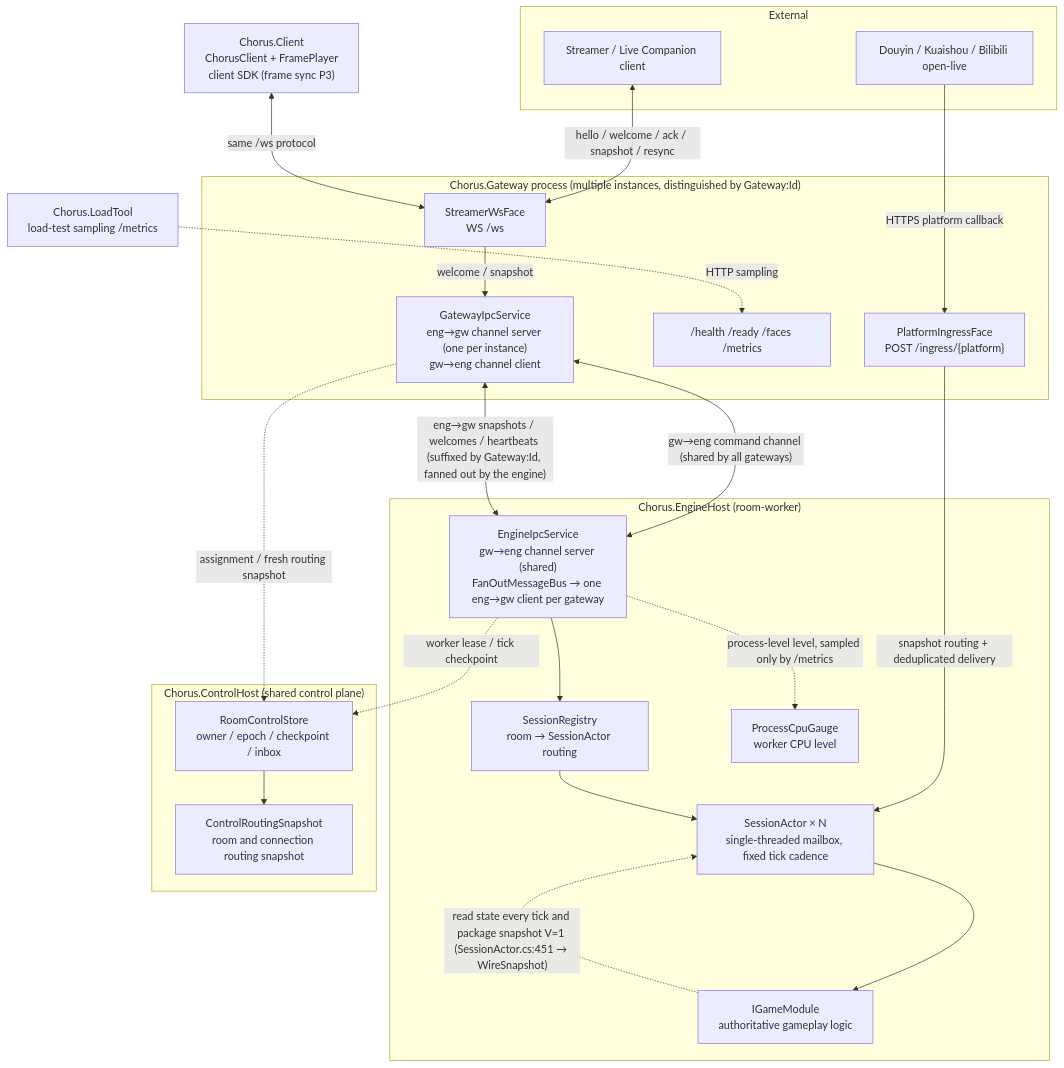
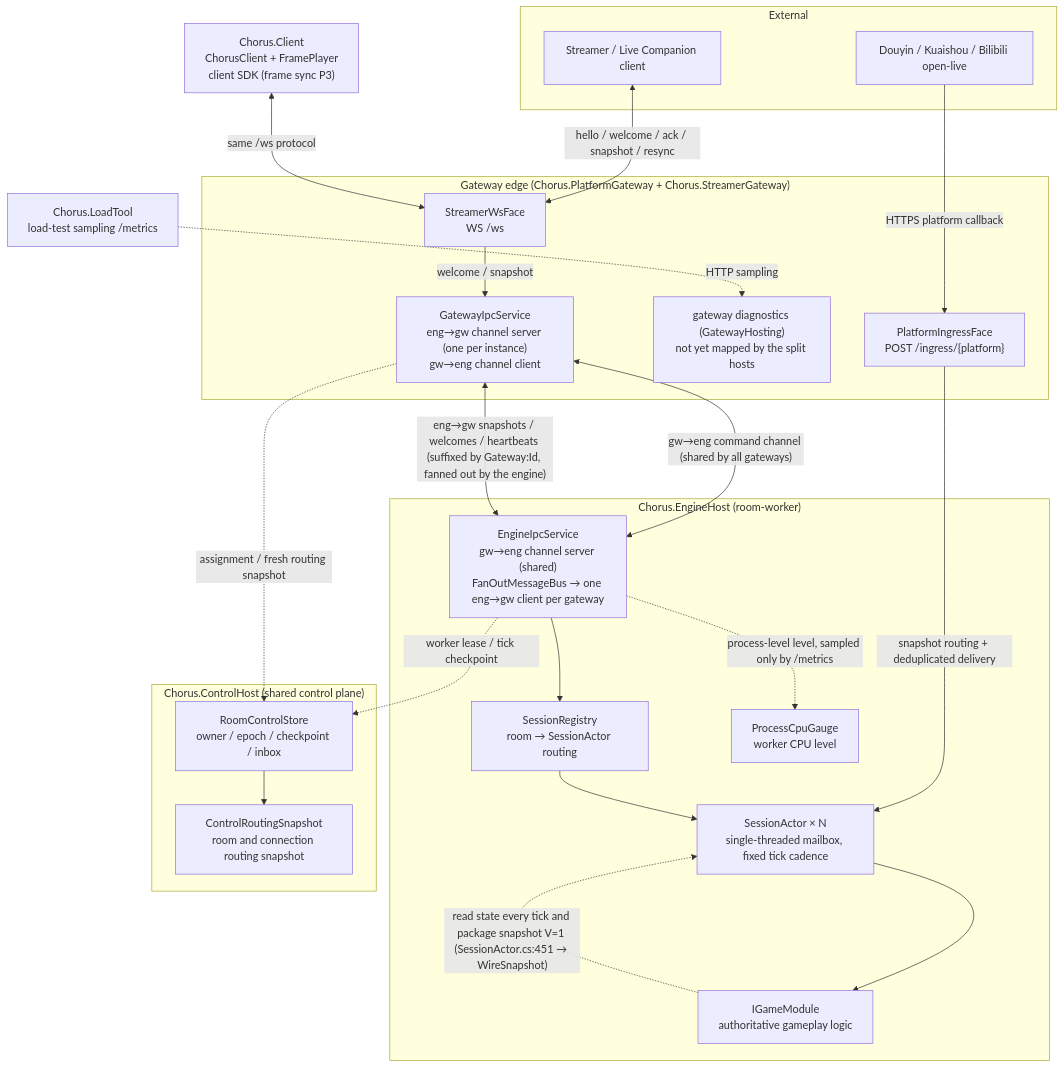
The diagram in docs/design/architecture-overview.md (cuihairu/chorus), drawn with Mermaid before and after one commit. The commit also changed other lines of this file and 35 other files, not shown here.

````diff
--- a/docs/design/architecture-overview.md
+++ b/docs/design/architecture-overview.md
@@ -12,45 +12,45 @@
 ```mermaid
 flowchart TB
   subgraph EXT["External"]
     P["Douyin / Kuaishou / Bilibili open-live"]
     C["Streamer / Live Companion client"]
   end
 
-  subgraph GW["Chorus.Gateway process (multiple instances, distinguished by Gateway:Id)"]
+  subgraph GW["Gateway edge (Chorus.PlatformGateway + Chorus.StreamerGateway)"]
     INGRESS["PlatformIngressFace<br/>POST /ingress/{platform}"]
     WS["StreamerWsFace<br/>WS /ws"]
-    OPS["/health /ready /faces /metrics"]
+    OPS["gateway diagnostics (GatewayHosting)<br/>not yet mapped by the split hosts"]
     GWIPC["GatewayIpcService<br/>eng→gw channel server (one per instance)<br/>gw→eng channel client"]
   end
 
   subgraph WORKER["Chorus.EngineHost (room-worker)"]
     ENGIPC["EngineIpcService<br/>gw→eng channel server (shared)<br/>FanOutMessageBus → one eng→gw client per gateway"]
     REG["SessionRegistry<br/>room → SessionActor routing"]
     SA["SessionActor × N<br/>single-threaded mailbox, fixed tick cadence"]
     GM["IGameModule<br/>authoritative gameplay logic"]
     CPU["ProcessCpuGauge<br/>worker CPU level"]
   end
 
   subgraph CONTROL["Chorus.ControlHost (shared control plane)"]
     ROOMDB["RoomControlStore<br/>owner / epoch / checkpoint / inbox"]
     ROUTING["ControlRoutingSnapshot<br/>room and connection routing snapshot"]
   end
 
   LOADTOOL["Chorus.LoadTool<br/>load-test sampling /metrics"]
   SDK["Chorus.Client<br/>ChorusClient + FramePlayer<br/>client SDK (frame sync P3)"]
 
   P -->|"HTTPS platform callback"| INGRESS
   C <-->|"hello / welcome / ack / snapshot / resync"| WS
   SDK <-->|"same /ws protocol"| WS
   INGRESS -->|"snapshot routing + deduplicated delivery"| SA
   WS -->|"welcome / snapshot"| GWIPC
   GWIPC <-->|"gw→eng command channel (shared by all gateways)"| ENGIPC
   ENGIPC <-->|"eng→gw snapshots / welcomes / heartbeats (suffixed by Gateway:Id, fanned out by the engine)"| GWIPC
   ENGIPC --> REG --> SA --> GM
   GWIPC -.->|"assignment / fresh routing snapshot"| ROOMDB
   ENGIPC -.->|"worker lease / tick checkpoint"| ROOMDB
   ROOMDB --> ROUTING
   GM -.->|"read state every tick and package snapshot V=1 (SessionActor.cs:451 → WireSnapshot)"| SA
   ENGIPC -.->|"process-level level, sampled only by /metrics"| CPU
   LOADTOOL -.->|"HTTP sampling"| OPS
 ```
````
